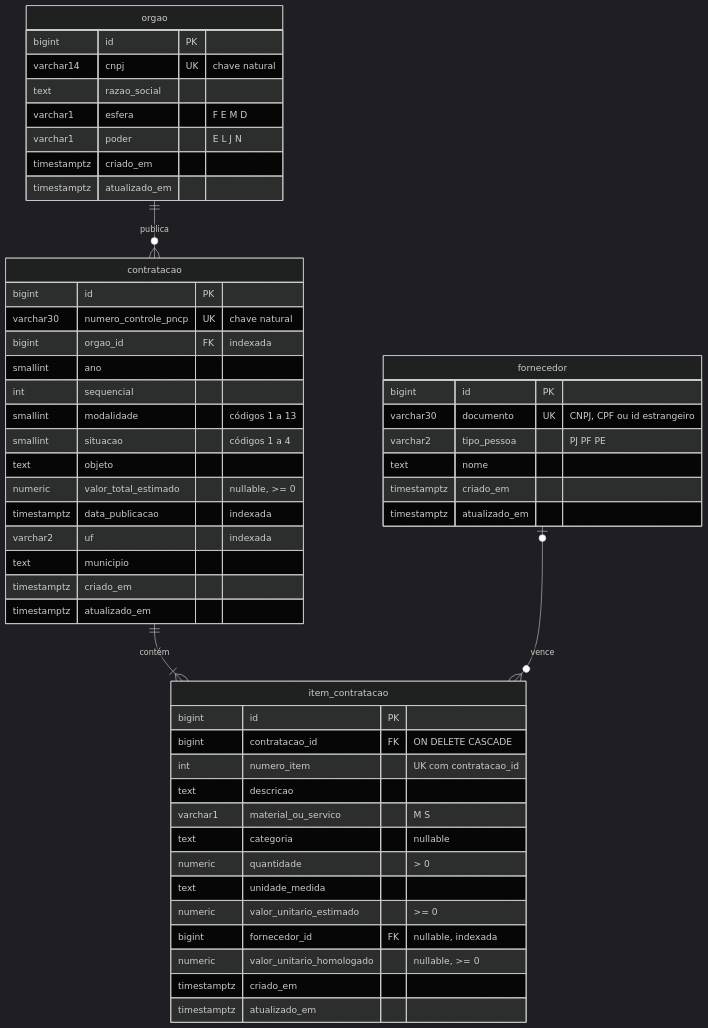
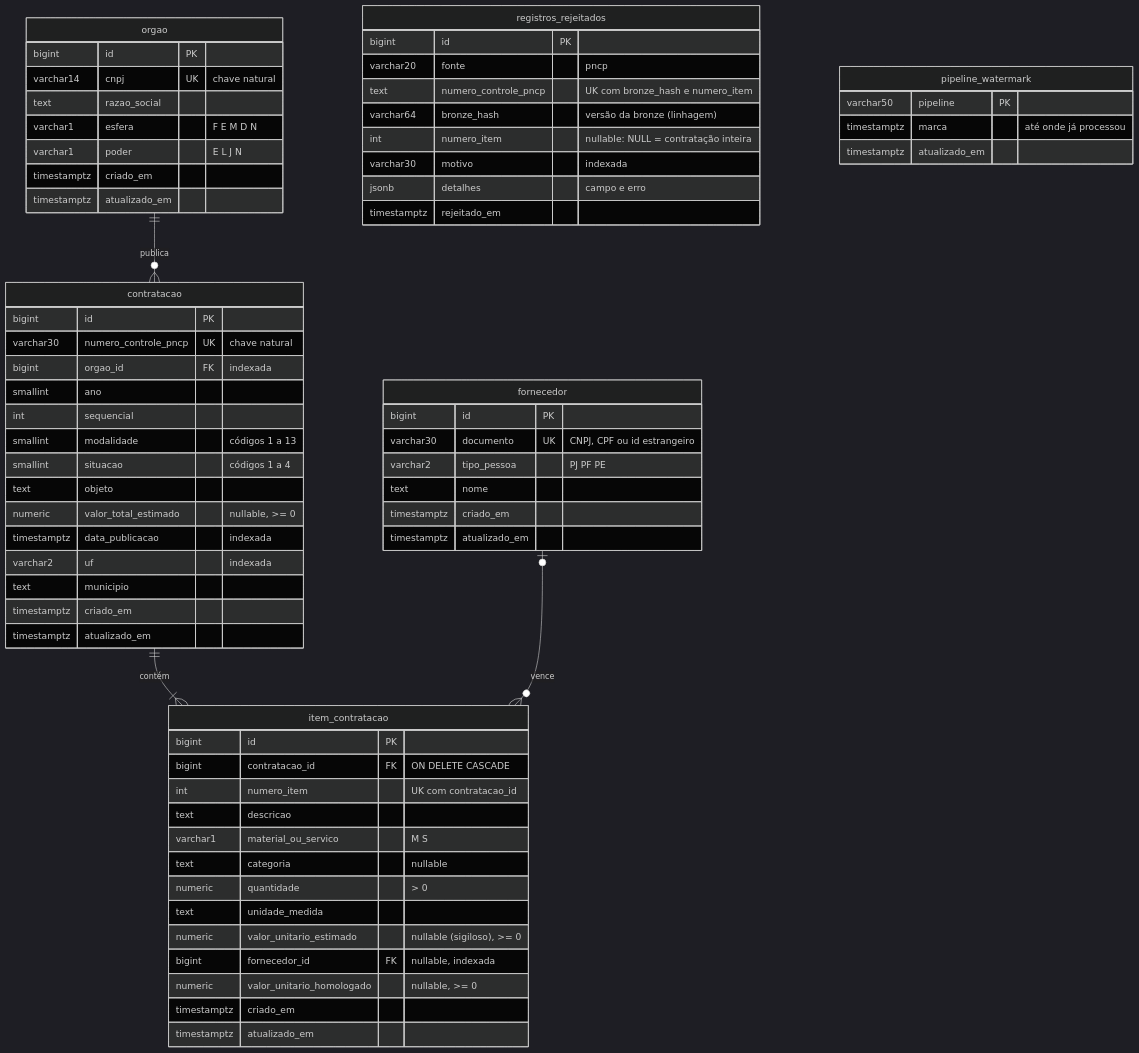
Before and after one commit to For-Davi/tender-radar: the diagram in docs/modelo-relacional.md, drawn with Mermaid (dark theme). The commit also changed other lines of this file and 5 other files, not shown here.

````diff
--- a/docs/modelo-relacional.md
+++ b/docs/modelo-relacional.md
@@ -9,58 +13,75 @@
 ```mermaid
 erDiagram
     orgao ||--o{ contratacao : "publica"
     contratacao ||--|{ item_contratacao : "contém"
     fornecedor |o--o{ item_contratacao : "vence"
 
     orgao {
         bigint id PK
         varchar14 cnpj UK "chave natural"
         text razao_social
-        varchar1 esfera "F E M D"
+        varchar1 esfera "F E M D N"
         varchar1 poder "E L J N"
         timestamptz criado_em
         timestamptz atualizado_em
     }
 
     fornecedor {
         bigint id PK
         varchar30 documento UK "CNPJ, CPF ou id estrangeiro"
         varchar2 tipo_pessoa "PJ PF PE"
         text nome
         timestamptz criado_em
         timestamptz atualizado_em
     }
 
     contratacao {
         bigint id PK
         varchar30 numero_controle_pncp UK "chave natural"
         bigint orgao_id FK "indexada"
         smallint ano
         int sequencial
         smallint modalidade "códigos 1 a 13"
         smallint situacao "códigos 1 a 4"
         text objeto
         numeric valor_total_estimado "nullable, >= 0"
         timestamptz data_publicacao "indexada"
         varchar2 uf "indexada"
         text municipio
         timestamptz criado_em
         timestamptz atualizado_em
     }
 
     item_contratacao {
         bigint id PK
         bigint contratacao_id FK "ON DELETE CASCADE"
         int numero_item "UK com contratacao_id"
         text descricao
         varchar1 material_ou_servico "M S"
         text categoria "nullable"
         numeric quantidade "> 0"
         text unidade_medida
-        numeric valor_unitario_estimado ">= 0"
+        numeric valor_unitario_estimado "nullable (sigiloso), >= 0"
         bigint fornecedor_id FK "nullable, indexada"
         numeric valor_unitario_homologado "nullable, >= 0"
         timestamptz criado_em
         timestamptz atualizado_em
     }
+
+    registros_rejeitados {
+        bigint id PK
+        varchar20 fonte "pncp"
+        text numero_controle_pncp "UK com bronze_hash e numero_item"
+        varchar64 bronze_hash "versão da bronze (linhagem)"
+        int numero_item "nullable: NULL = contratação inteira"
+        varchar30 motivo "indexada"
+        jsonb detalhes "campo e erro"
+        timestamptz rejeitado_em
+    }
+
+    pipeline_watermark {
+        varchar50 pipeline PK
+        timestamptz marca "até onde já processou"
+        timestamptz atualizado_em
+    }
 ```
````
